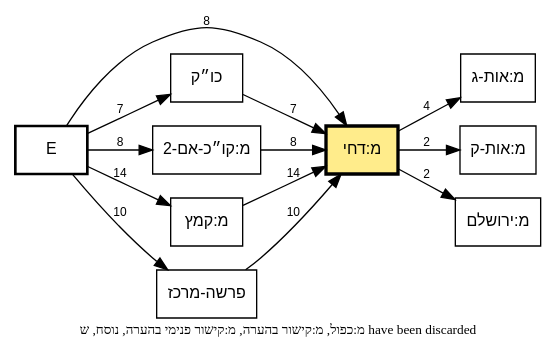
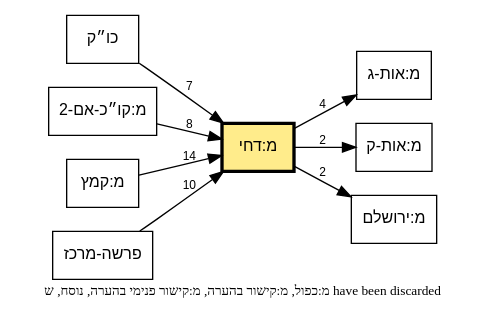
One commit to bdenckla/MAM-basics changed the diagram in out/tmpl-survey-plain/plain-dexi-call-graph.dot. Above: the diagram before and after it, drawn with Graphviz. The commit also changed 22 other files, not shown here.

Commit message:
per-column call graphs

```diff
--- a/out/tmpl-survey-plain/plain-dexi-call-graph.dot
+++ b/out/tmpl-survey-plain/plain-dexi-call-graph.dot
@@ -1,33 +1,24 @@
 // This file was generated by MAM-basics/py/main_tmpl_survey.py.
 // Do not edit by hand.
 digraph template_call_graph {
     rankdir=LR;
     node [fontname="SBL Hebrew,Helvetica", fontsize=12];
     edge [fontname="Helvetica", fontsize=9];
     graph [comment="This file was generated by MAM-basics/py/main_tmpl_survey.py."];
-
-    // Column nodes
-    node [shape=box, style=bold];
-    "E";
 
     // Template nodes
     node [shape=box, style=""];
     "מ:דחי" [fillcolor="lightgoldenrod1", style="filled", penwidth=2.5];
 
     // Note
     graph [label="מ:כפול, מ:קישור בהערה, מ:קישור פנימי בהערה, נוסח, ש have been discarded", labelloc=b, fontsize=10];
 
     // Edges
-    "E" -> "כו״ק" [label="7"];
-    "E" -> "מ:דחי" [label="8"];
-    "E" -> "מ:קו״כ-אם-2" [label="8"];
-    "E" -> "מ:קמץ" [label="14"];
-    "E" -> "פרשה-מרכז" [label="10"];
     "כו״ק" -> "מ:דחי" [label="7"];
     "מ:דחי" -> "מ:אות-ג" [label="4"];
     "מ:דחי" -> "מ:אות-ק" [label="2"];
     "מ:דחי" -> "מ:ירושלם" [label="2"];
     "מ:קו״כ-אם-2" -> "מ:דחי" [label="8"];
     "מ:קמץ" -> "מ:דחי" [label="14"];
     "פרשה-מרכז" -> "מ:דחי" [label="10"];
 }
```
